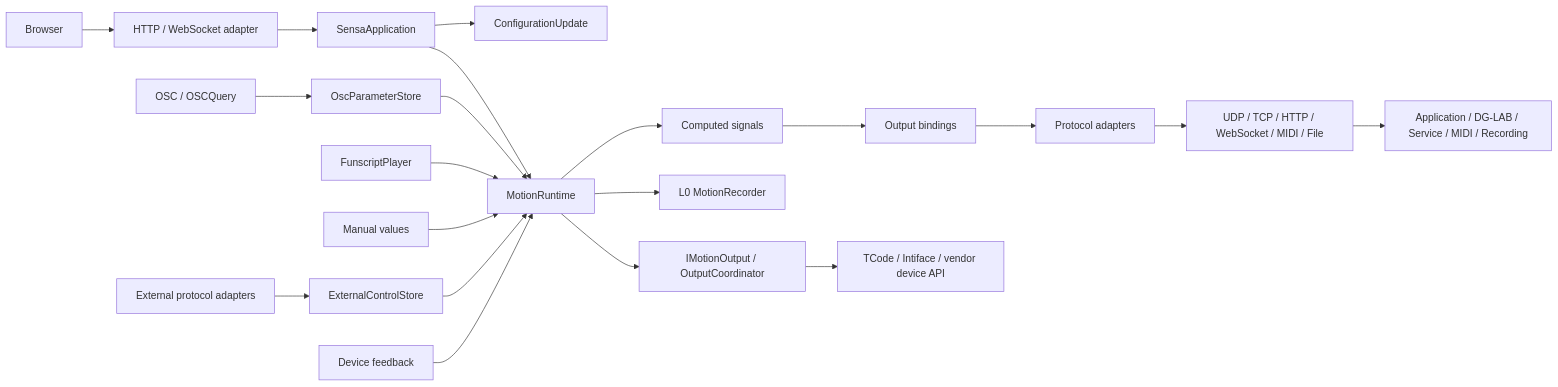
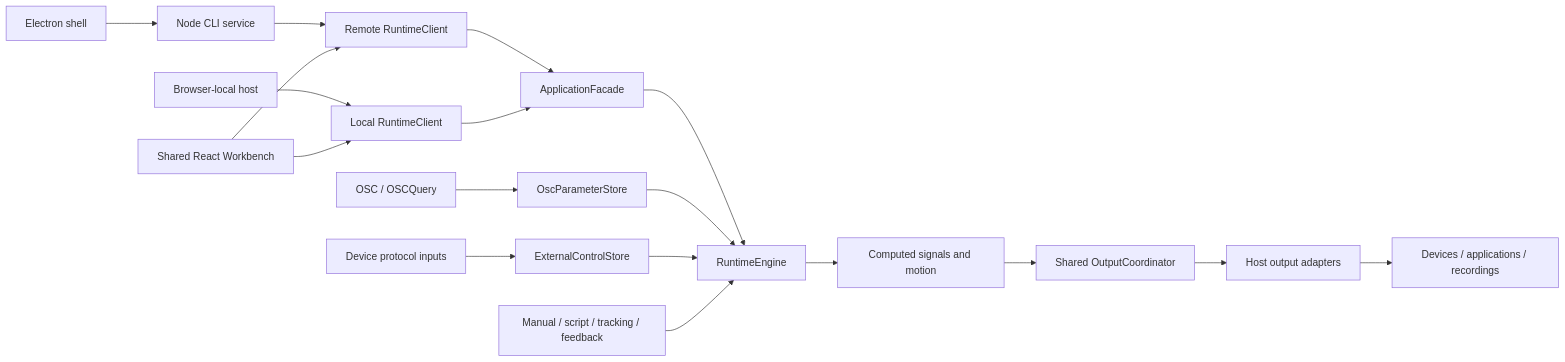
The diagram in docs/architecture.en.md (SeaLoong/Sensa), drawn with Mermaid before and after one commit. The commit also changed other lines of this file and 399 other files, not shown here.

Commit message:
feat: migrate Sensa runtime to shared TypeScript and Electron

````diff
--- a/docs/architecture.en.md
+++ b/docs/architecture.en.md
@@ -9,22 +17,20 @@
 ```mermaid
 flowchart LR
-  Browser --> HTTP[HTTP / WebSocket adapter]
-  HTTP --> App[SensaApplication]
-  App --> Config[ConfigurationUpdate]
-  App --> Runtime[MotionRuntime]
-  OSC[OSC / OSCQuery] --> Store[OscParameterStore]
+  Electron["Electron shell"] --> Node["Node CLI service"]
+  Node --> Remote["Remote RuntimeClient"]
+  Page["Browser-local host"] --> Local["Local RuntimeClient"]
+  UI["Shared React Workbench"] --> Remote
+  UI --> Local
+  Remote --> App["ApplicationFacade"]
+  Local --> App
+  App --> Runtime["RuntimeEngine"]
+  OSC["OSC / OSCQuery"] --> Store["OscParameterStore"]
   Store --> Runtime
-  Script[FunscriptPlayer] --> Runtime
-  Manual[Manual values] --> Runtime
-  External[External protocol adapters] --> Commands[ExternalControlStore]
+  Inputs["Device protocol inputs"] --> Commands["ExternalControlStore"]
   Commands --> Runtime
-  Feedback[Device feedback] --> Runtime
-  Runtime --> Compute[Computed signals]
-  Compute --> Bindings[Output bindings]
-  Bindings --> Protocol[Protocol adapters]
-  Protocol --> Transport[UDP / TCP / HTTP / WebSocket / MIDI / File]
-  Transport --> Destinations[Application / DG-LAB / Service / MIDI / Recording]
-  Runtime --> Record[L0 MotionRecorder]
-  Runtime --> Output[IMotionOutput / OutputCoordinator]
-  Output --> Devices[TCode / Intiface / vendor device API]
+  Sources["Manual / script / tracking / feedback"] --> Runtime
+  Runtime --> Compute["Computed signals and motion"]
+  Compute --> Outputs["Shared OutputCoordinator"]
+  Outputs --> Adapters["Host output adapters"]
+  Adapters --> Destinations["Devices / applications / recordings"]
 ```
````
